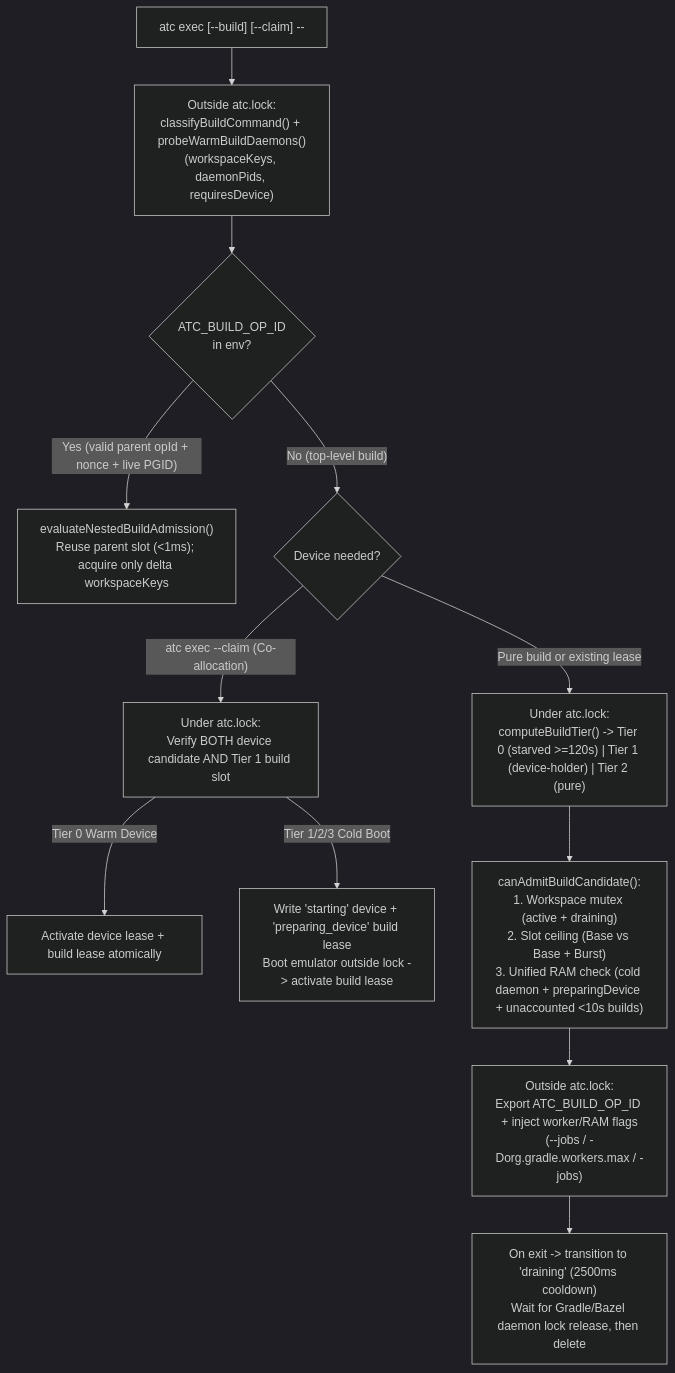
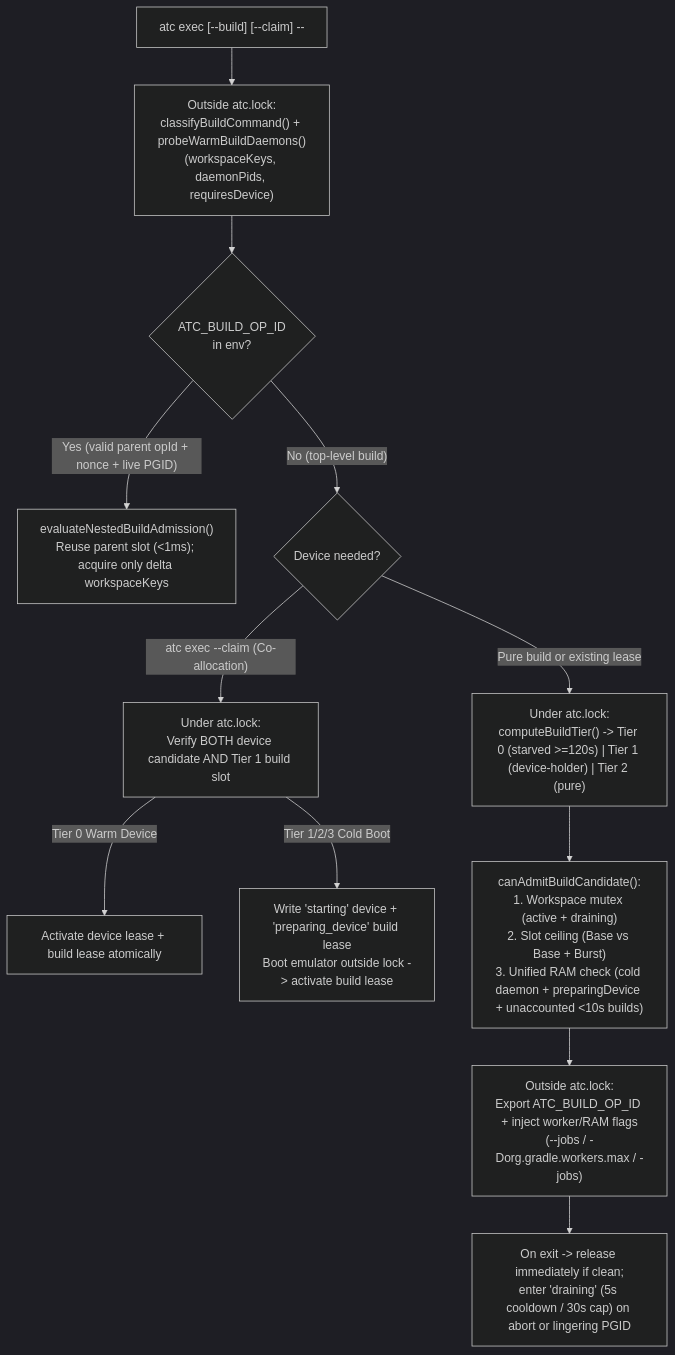
The diagram in docs/architecture.md (rock3r/atc), drawn with Mermaid (dark theme) before and after one commit. The commit also changed 7 other files, not shown here.

Commit message:
fix(build): handle quoted shell paths, shell xcodebuild destinations, Bazel startup flags, and draining docs

````diff
--- a/docs/architecture.md
+++ b/docs/architecture.md
@@ -65,16 +65,16 @@
 ```mermaid
 flowchart TD
     Start["atc exec [--build] [--claim] -- <cmd>"] --> Probe["Outside atc.lock:\nclassifyBuildCommand() + probeWarmBuildDaemons()\n(workspaceKeys, daemonPids, requiresDevice)"]
     Probe --> Reentrant{"ATC_BUILD_OP_ID\nin env?"}
     Reentrant -- "Yes (valid parent opId + nonce + live PGID)" --> Delta["evaluateNestedBuildAdmission()\nReuse parent slot (<1ms); acquire only delta workspaceKeys"]
     Reentrant -- "No (top-level build)" --> Mode{"Device needed?"}
 
     Mode -- "atc exec --claim (Co-allocation)" --> CoAlloc["Under atc.lock:\nVerify BOTH device candidate AND Tier 1 build slot"]
     CoAlloc -- "Tier 0 Warm Device" --> BothActive["Activate device lease + build lease atomically"]
     CoAlloc -- "Tier 1/2/3 Cold Boot" --> Prep["Write 'starting' device + 'preparing_device' build lease\nBoot emulator outside lock -> activate build lease"]
 
     Mode -- "Pure build or existing lease" --> Queue["Under atc.lock:\ncomputeBuildTier() -> Tier 0 (starved >=120s) | Tier 1 (device-holder) | Tier 2 (pure)"]
     Queue --> Admit["canAdmitBuildCandidate():\n1. Workspace mutex (active + draining)\n2. Slot ceiling (Base vs Base + Burst)\n3. Unified RAM check (cold daemon + preparingDevice + unaccounted <10s builds)"]
     Admit --> Spawn["Outside atc.lock:\nExport ATC_BUILD_OP_ID + inject worker/RAM flags\n(--jobs / -Dorg.gradle.workers.max / -jobs)"]
-    Spawn --> Drain["On exit -> transition to 'draining' (2500ms cooldown)\nWait for Gradle/Bazel daemon lock release, then delete"]
+    Spawn --> Drain["On exit -> release immediately if clean;\nenter 'draining' (5s cooldown / 30s cap) on abort or lingering PGID"]
 ```
````
